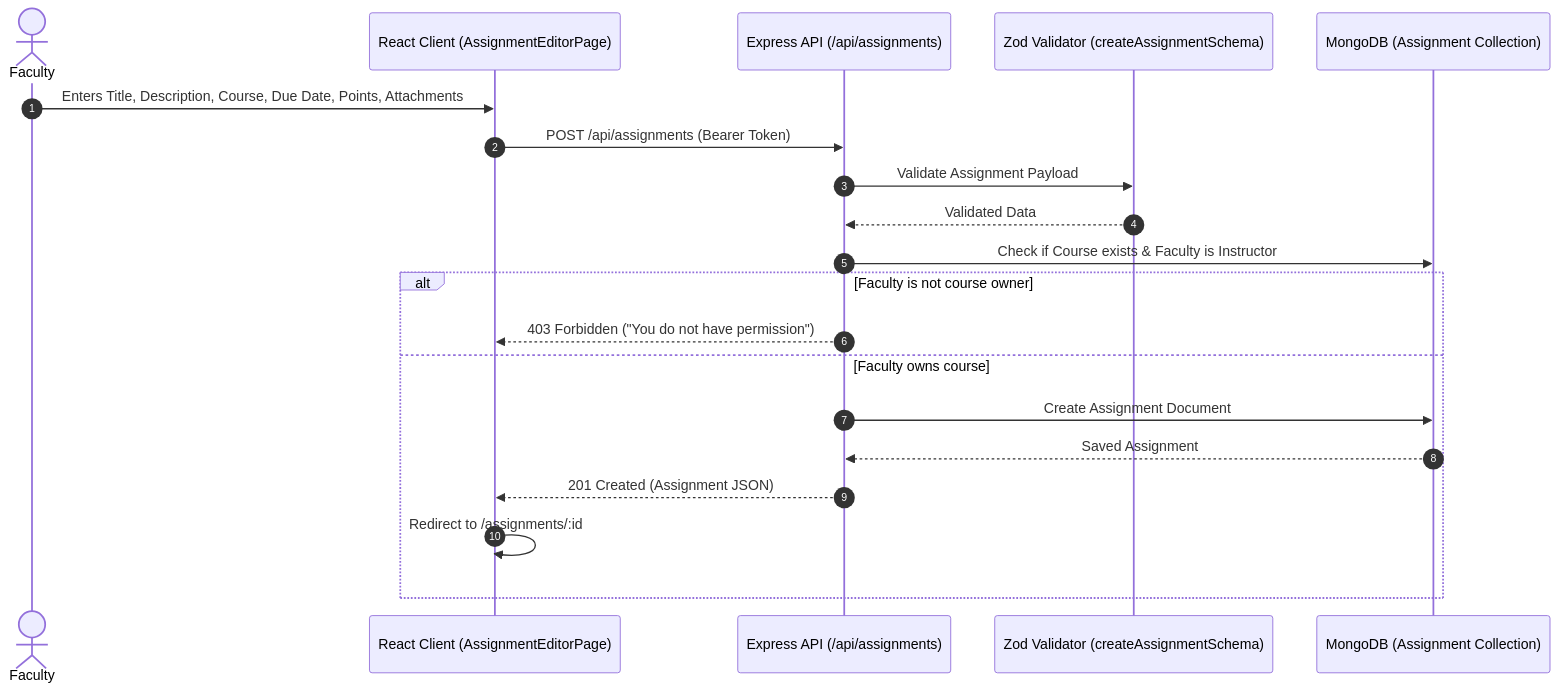
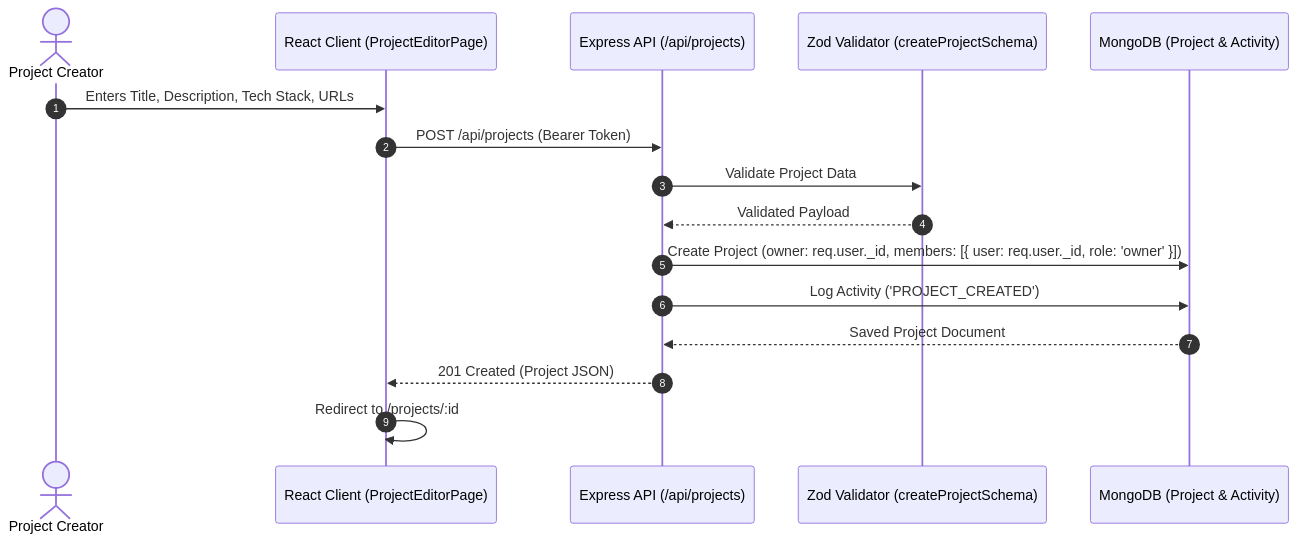
The second of 6 diagrams in docs/architecture.md (kubervaidya24-max/CAMPUSFLOW), drawn with Mermaid before and after one commit. The commit also changed other lines of this file and 21 other files, not shown here.

````diff
--- a/docs/architecture.md
+++ b/docs/architecture.md
@@ -33,23 +35,19 @@
 ```mermaid
 sequenceDiagram
     autonumber
-    actor Faculty
-    participant Client as React Client (AssignmentEditorPage)
-    participant API as Express API (/api/assignments)
-    participant Val as Zod Validator (createAssignmentSchema)
-    participant DB as MongoDB (Assignment Collection)
+    actor Student as Project Creator
+    participant Client as React Client (ProjectEditorPage)
+    participant API as Express API (/api/projects)
+    participant Val as Zod Validator (createProjectSchema)
+    participant DB as MongoDB (Project & Activity)
 
-    Faculty->>Client: Enters Title, Description, Course, Due Date, Points, Attachments
-    Client->>API: POST /api/assignments (Bearer Token)
-    API->>Val: Validate Assignment Payload
-    Val-->>API: Validated Data
-    API->>DB: Check if Course exists & Faculty is Instructor
-    alt Faculty is not course owner
-        API-->>Client: 403 Forbidden ("You do not have permission")
-    else Faculty owns course
-        API->>DB: Create Assignment Document
-        DB-->>API: Saved Assignment
-        API-->>Client: 201 Created (Assignment JSON)
-        Client->>Client: Redirect to /assignments/:id
-    end
+    Student->>Client: Enters Title, Description, Tech Stack, URLs
+    Client->>API: POST /api/projects (Bearer Token)
+    API->>Val: Validate Project Data
+    Val-->>API: Validated Payload
+    API->>DB: Create Project (owner: req.user._id, members: [{ user: req.user._id, role: 'owner' }])
+    API->>DB: Log Activity ('PROJECT_CREATED')
+    DB-->>API: Saved Project Document
+    API-->>Client: 201 Created (Project JSON)
+    Client->>Client: Redirect to /projects/:id
 ```
````
